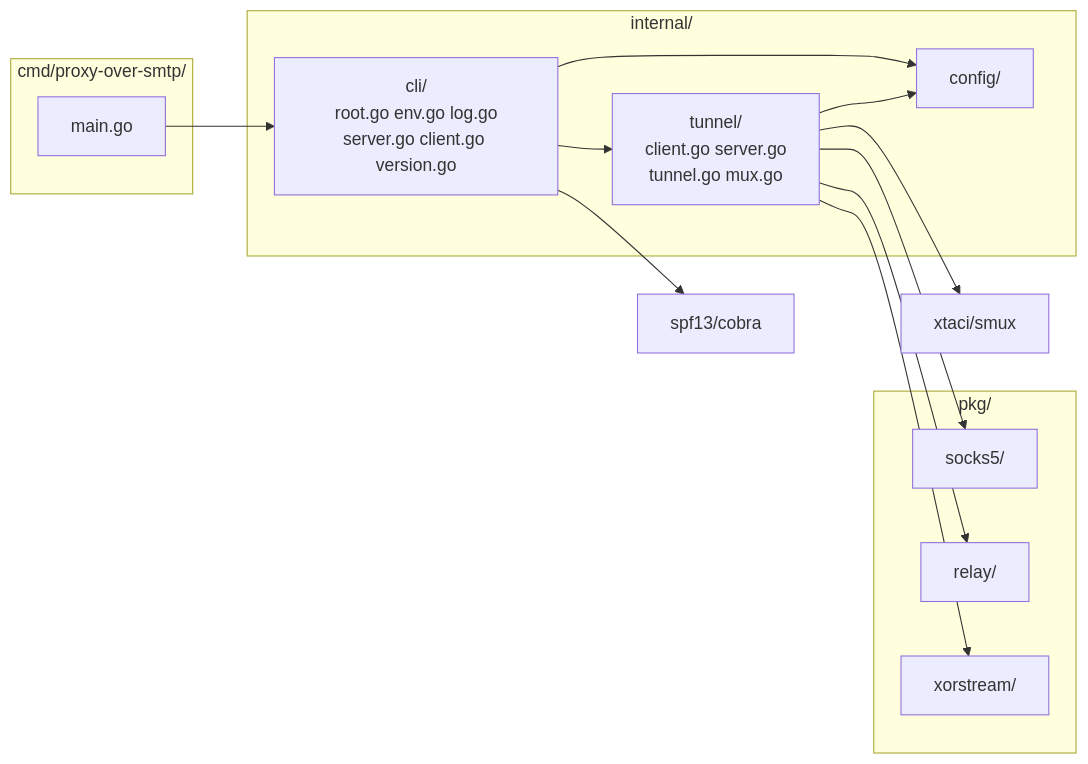
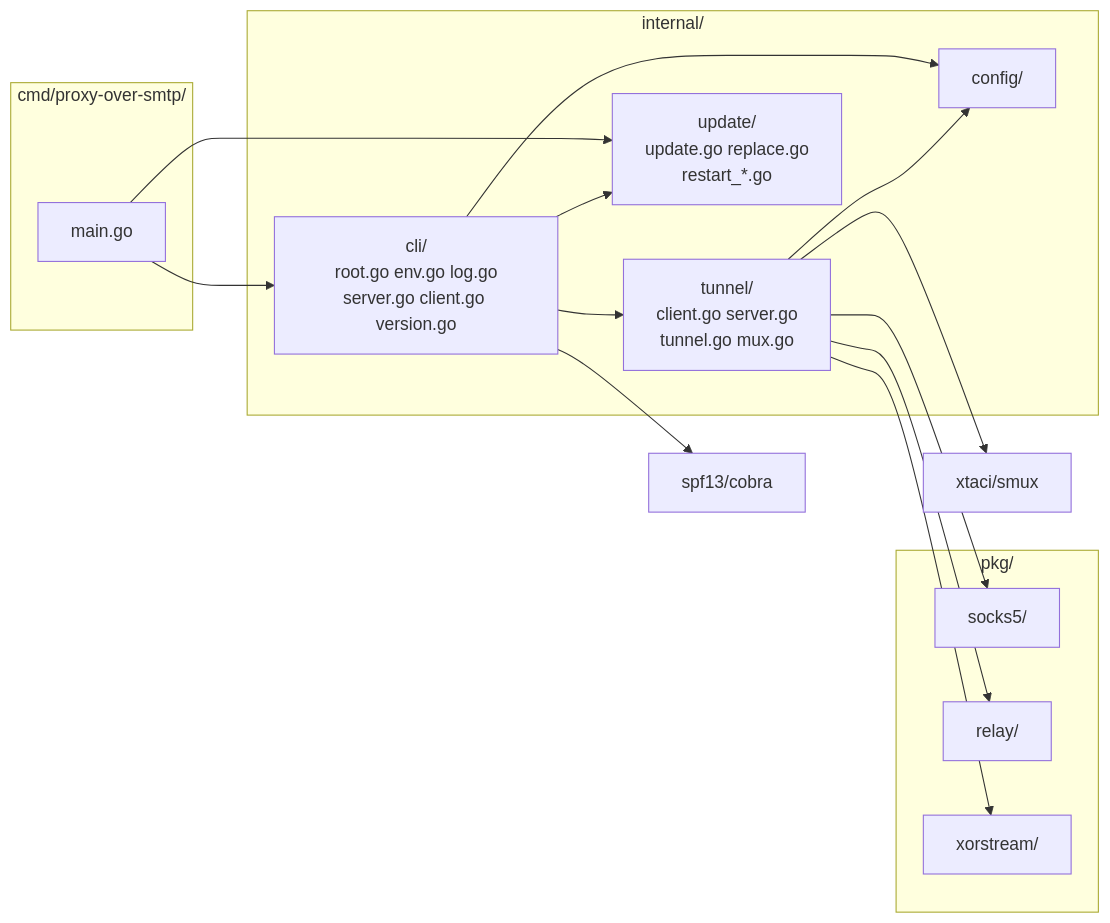
The first of 2 diagrams in docs/ARCHITECTURE.md (dimaskiddo/proxy-over-smtp), drawn with Mermaid before and after one commit. The commit also changed other lines of this file and 13 other files, not shown here.

````diff
--- a/docs/ARCHITECTURE.md
+++ b/docs/ARCHITECTURE.md
@@ -9,31 +9,34 @@
 ```mermaid
 graph LR
     subgraph cmd["cmd/proxy-over-smtp/"]
         Main["main.go"]
     end
 
     subgraph internal["internal/"]
         Cli["cli/<br/>root.go env.go log.go<br/>server.go client.go version.go"]
         Config["config/"]
         Tunnel["tunnel/<br/>client.go server.go<br/>tunnel.go mux.go"]
+        Update["update/<br/>update.go replace.go<br/>restart_*.go"]
     end
 
     subgraph pkg["pkg/"]
         Socks5["socks5/"]
         Relay["relay/"]
         Xor["xorstream/"]
     end
 
     Smux["xtaci/smux"]
     Cobra["spf13/cobra"]
 
     Main --> Cli
+    Main --> Update
+    Cli --> Update
     Cli --> Config
     Cli --> Tunnel
     Tunnel --> Config
     Tunnel --> Socks5
     Tunnel --> Relay
     Tunnel --> Xor
     Tunnel --> Smux
     Cli --> Cobra
 ```
````
